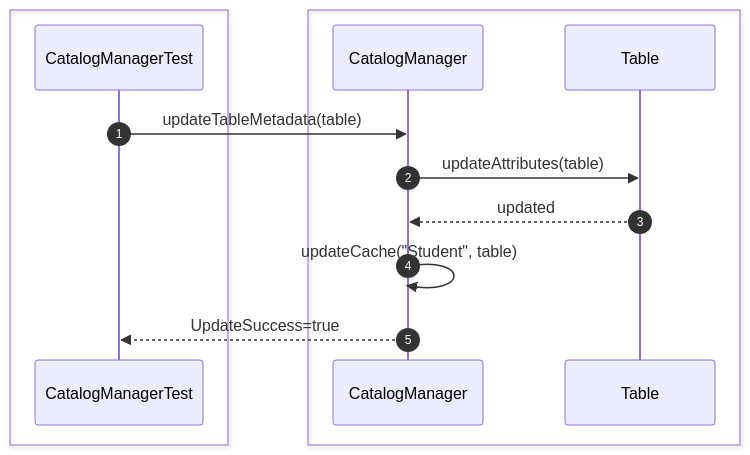
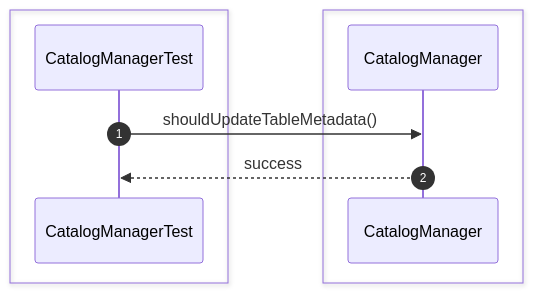
One commit to Huy1801214/dbms-architecture changed diagram 13 of 28 in src/sequence/catalog.md. Above: the diagram before and after it, drawn with Mermaid. The commit also changed other lines of this file and 68 other files, not shown here.

Commit message:
implement comprehensive unit test suite and architectural sequence documentation

````diff
--- a/src/sequence/catalog.md
+++ b/src/sequence/catalog.md
@@ -282,21 +186,13 @@
 ```mermaid
 sequenceDiagram
     autonumber
     box #e1f5fe Test Suite
     participant Test as CatalogManagerTest
     end
-    box #e8f5e9 Catalog Objects
-    participant Catalog as CatalogManager
-    participant Tbl as Table
+    box #e8f5e9 CatalogManager Component
+    participant CM as CatalogManager
     end
 
-    Test->>Catalog: updateTableMetadata(table)
-
-    Catalog->>Tbl: updateAttributes(table)
-
-    Tbl-->>Catalog: updated
-
-    Catalog->>Catalog: updateCache("Student", table)
-
-    Catalog-->>Test: UpdateSuccess=true
+    Test->>CM: shouldUpdateTableMetadata()
+    CM-->>Test: success
 ```
````
